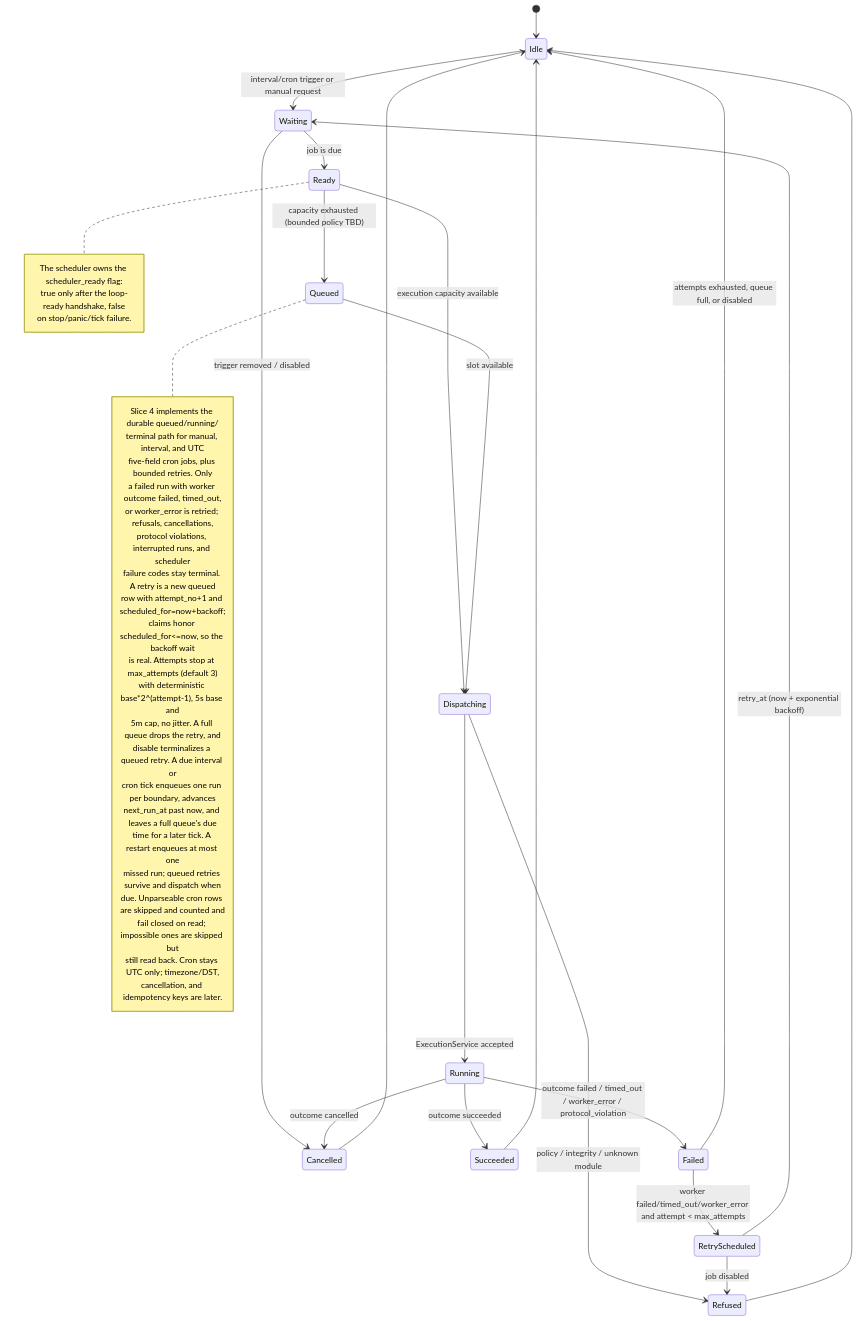
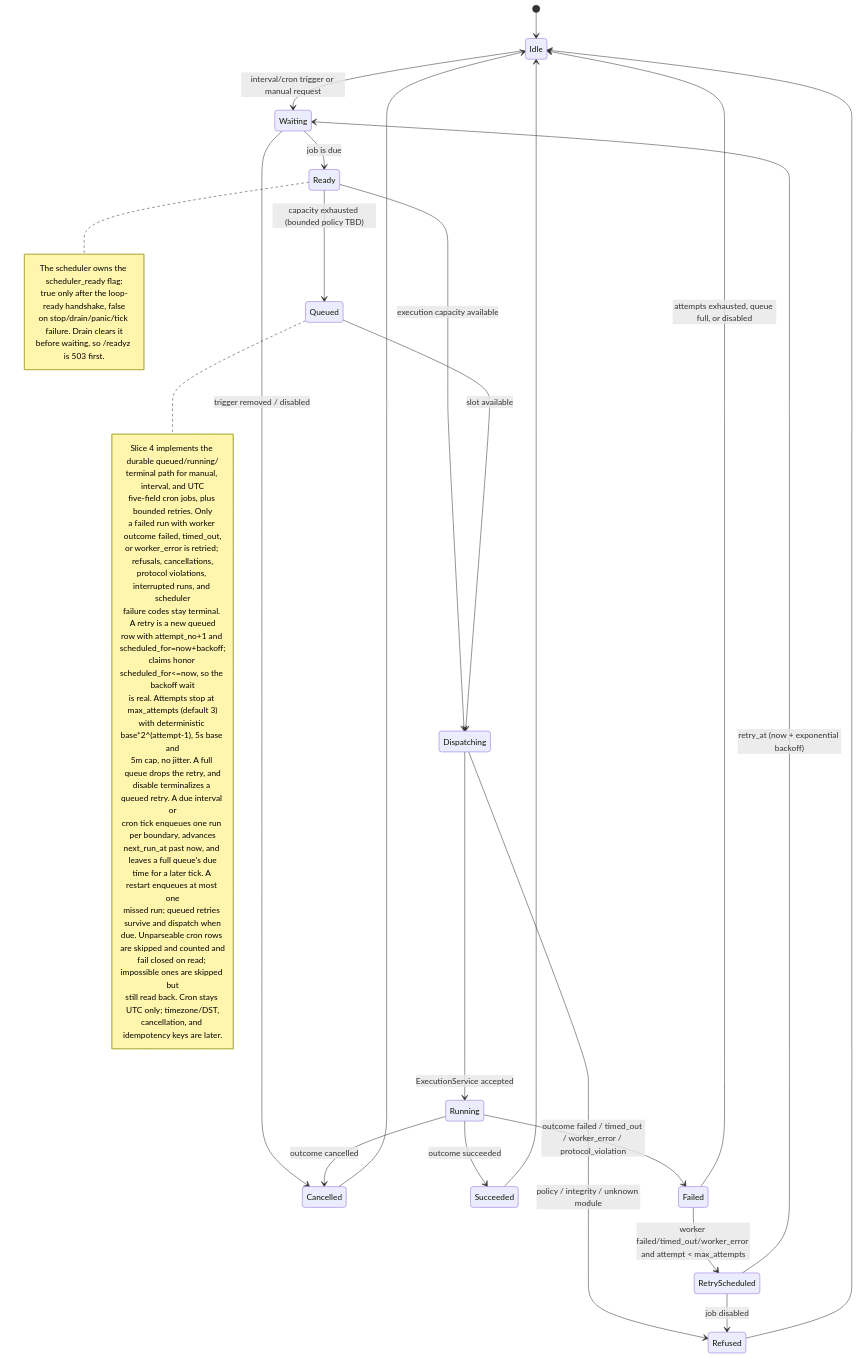
Diagram 13 of 15 in docs/statecharts.md (nicknad/conductor), drawn with Mermaid before and after one commit. The commit also changed other lines of this file and 6 other files, not shown here.

````diff
--- a/docs/statecharts.md
+++ b/docs/statecharts.md
@@ -458,51 +458,52 @@
 ```mermaid
 stateDiagram-v2
     [*] --> Idle
     Idle --> Waiting: interval/cron trigger or manual request
     Waiting --> Ready: job is due
     Waiting --> Cancelled: trigger removed / disabled
     Ready --> Dispatching: execution capacity available
     Ready --> Queued: capacity exhausted (bounded policy TBD)
     Queued --> Dispatching: slot available
     Dispatching --> Running: ExecutionService accepted
     Dispatching --> Refused: policy / integrity / unknown module
     Running --> Succeeded: outcome succeeded
     Running --> Failed: outcome failed / timed_out / worker_error / protocol_violation
     Running --> Cancelled: outcome cancelled
     Failed --> RetryScheduled: worker failed/timed_out/worker_error and attempt < max_attempts
     RetryScheduled --> Waiting: retry_at (now + exponential backoff)
     RetryScheduled --> Refused: job disabled
     Succeeded --> Idle
     Failed --> Idle: attempts exhausted, queue full, or disabled
     Cancelled --> Idle
     Refused --> Idle
 
     note right of Queued
         Slice 4 implements the durable queued/running/
         terminal path for manual, interval, and UTC
         five-field cron jobs, plus bounded retries. Only
         a failed run with worker outcome failed, timed_out,
         or worker_error is retried; refusals, cancellations,
         protocol violations, interrupted runs, and scheduler
         failure codes stay terminal. A retry is a new queued
         row with attempt_no+1 and scheduled_for=now+backoff;
         claims honor scheduled_for<=now, so the backoff wait
         is real. Attempts stop at max_attempts (default 3)
         with deterministic base*2^(attempt-1), 5s base and
         5m cap, no jitter. A full queue drops the retry, and
         disable terminalizes a queued retry. A due interval or
         cron tick enqueues one run per boundary, advances
         next_run_at past now, and leaves a full queue's due
         time for a later tick. A restart enqueues at most one
         missed run; queued retries survive and dispatch when
         due. Unparseable cron rows are skipped and counted and
         fail closed on read; impossible ones are skipped but
         still read back. Cron stays UTC only; timezone/DST,
         cancellation, and idempotency keys are later.
     end note
     note right of Ready
         The scheduler owns the scheduler_ready flag:
         true only after the loop-ready handshake, false
-        on stop/panic/tick failure.
+        on stop/drain/panic/tick failure. Drain clears it
+        before waiting, so /readyz is 503 first.
     end note
 ```
````
